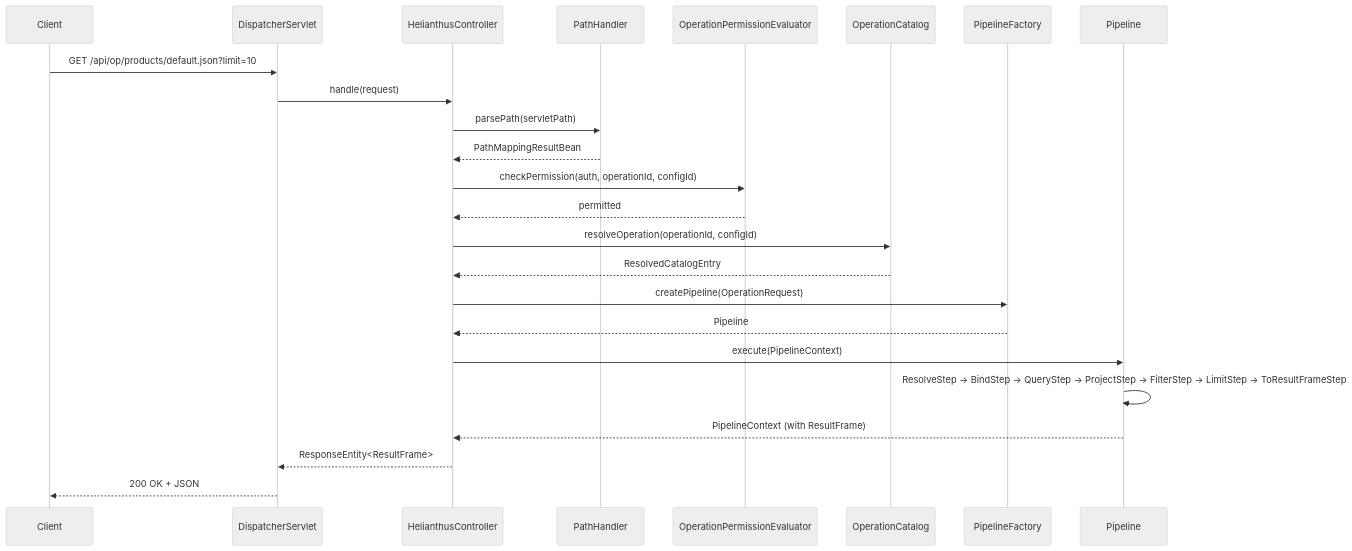
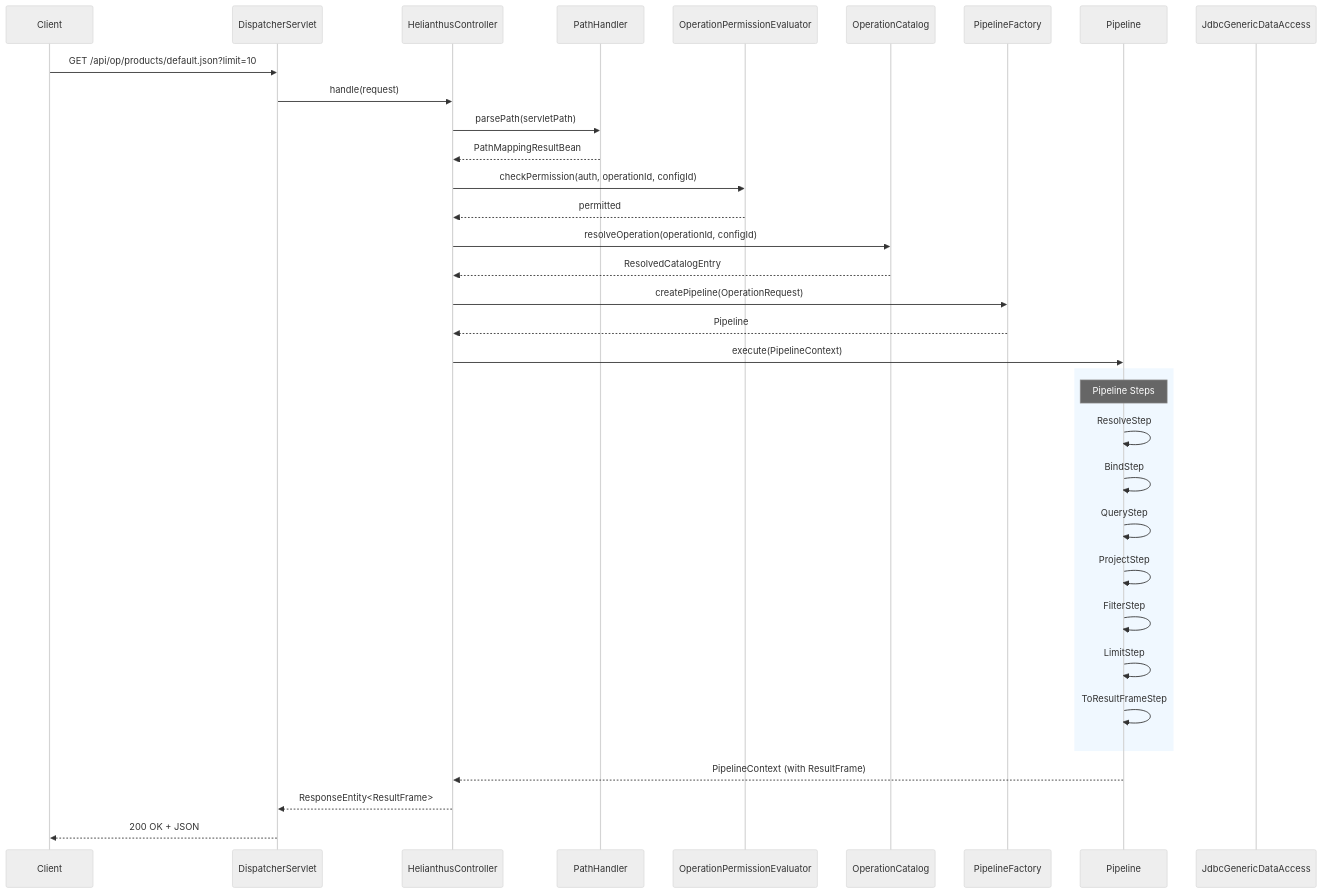
One commit to jsanca/helianthus changed the first of 2 diagrams in README.md. Above: the diagram before and after it, drawn with Mermaid (neutral theme). The commit also changed other lines of this file and 7 other files, not shown here.

````diff
--- a/README.md
+++ b/README.md
@@ -19,34 +19,45 @@
 ```mermaid
 sequenceDiagram
     participant Client
     participant DispatcherServlet
     participant HelianthusController
     participant PathHandler
     participant OperationPermissionEvaluator
     participant OperationCatalog
     participant PipelineFactory
     participant Pipeline
+    participant JdbcGenericDataAccess
 
     Client->>DispatcherServlet: GET /api/op/products/default.json?limit=10
+    DispatcherServlet->>HelianthusController: handle(request)
 
-    DispatcherServlet->>HelianthusController: handle(request)
     HelianthusController->>PathHandler: parsePath(servletPath)
     PathHandler-->>HelianthusController: PathMappingResultBean
 
     HelianthusController->>OperationPermissionEvaluator: checkPermission(auth, operationId, configId)
     OperationPermissionEvaluator-->>HelianthusController: permitted
 
     HelianthusController->>OperationCatalog: resolveOperation(operationId, configId)
     OperationCatalog-->>HelianthusController: ResolvedCatalogEntry
 
     HelianthusController->>PipelineFactory: createPipeline(OperationRequest)
     PipelineFactory-->>HelianthusController: Pipeline
 
     HelianthusController->>Pipeline: execute(PipelineContext)
-    Pipeline->>Pipeline: ResolveStep → BindStep → QueryStep → ProjectStep → FilterStep → LimitStep → ToResultFrameStep
+
+    rect rgb(240, 248, 255)
+        Note over Pipeline: Pipeline Steps
+        Pipeline->>Pipeline: ResolveStep
+        Pipeline->>Pipeline: BindStep
+        Pipeline->>Pipeline: QueryStep
+        Pipeline->>Pipeline: ProjectStep
+        Pipeline->>Pipeline: FilterStep
+        Pipeline->>Pipeline: LimitStep
+        Pipeline->>Pipeline: ToResultFrameStep
+    end
 
     Pipeline-->>HelianthusController: PipelineContext (with ResultFrame)
 
     HelianthusController-->>DispatcherServlet: ResponseEntity<ResultFrame>
     DispatcherServlet-->>Client: 200 OK + JSON
 ```
````
